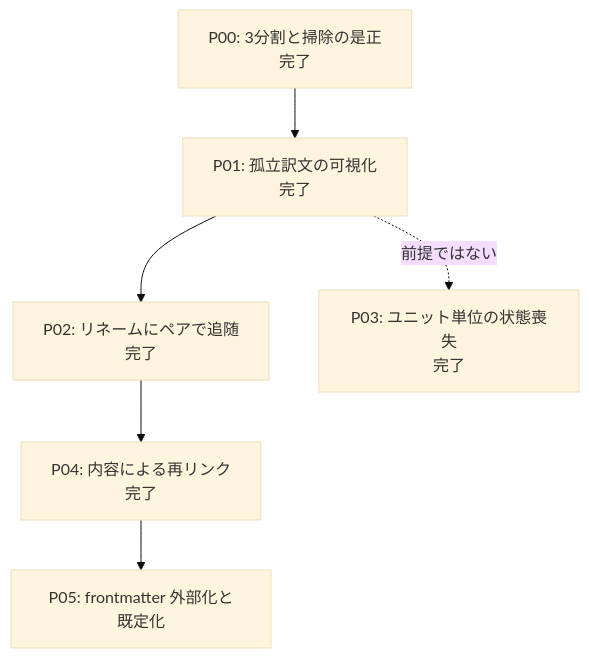
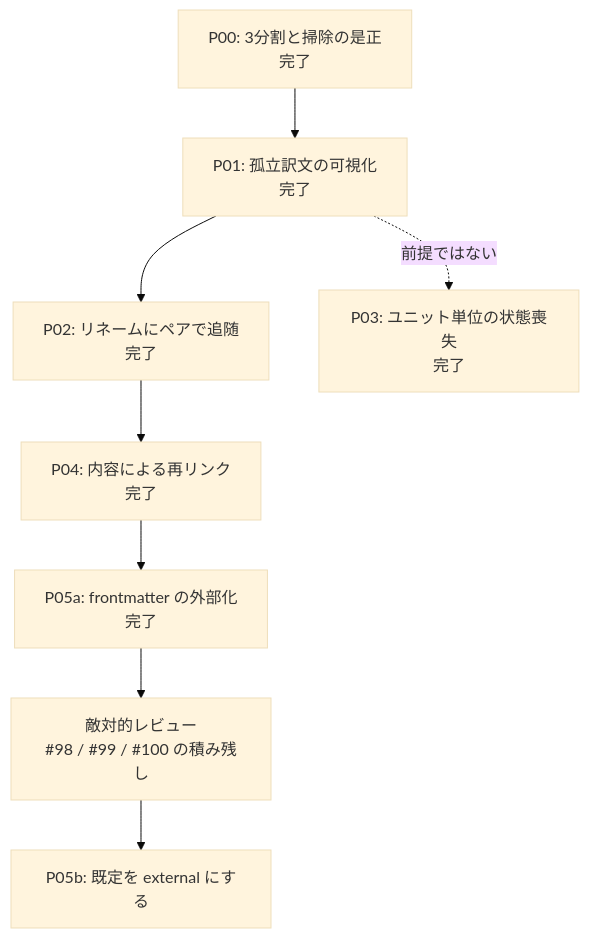
The diagram in docs/roadmaps/roadmap-v01_external-markers.md (mochimochiki/mdait), drawn with Mermaid (base theme) before and after one commit. The commit also changed other lines of this file and 2 other files, not shown here.

First line of the commit message:
P05a を記録する（ADR・roadmap・unit-state.md §25）

````diff
--- a/docs/roadmaps/roadmap-v01_external-markers.md
+++ b/docs/roadmaps/roadmap-v01_external-markers.md
@@ -33,8 +33,10 @@
 ```mermaid
 graph TD
 P00[P00: 3分割と掃除の是正<br/>完了] --> P01[P01: 孤立訳文の可視化<br/>完了]
 P01 --> P02[P02: リネームにペアで追随<br/>完了]
 P02 --> P04[P04: 内容による再リンク<br/>完了]
-P04 --> P05[P05: frontmatter 外部化と既定化]
+P04 --> P05a[P05a: frontmatter の外部化<br/>完了]
+P05a --> R[敵対的レビュー<br/>#98 / #99 / #100 の積み残し]
+R --> P05b[P05b: 既定を external にする]
 P01 -.->|前提ではない| P03[P03: ユニット単位の状態喪失<br/>完了]
 ```
````
